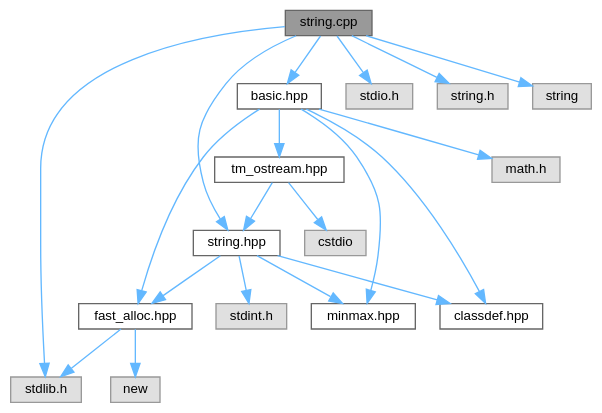
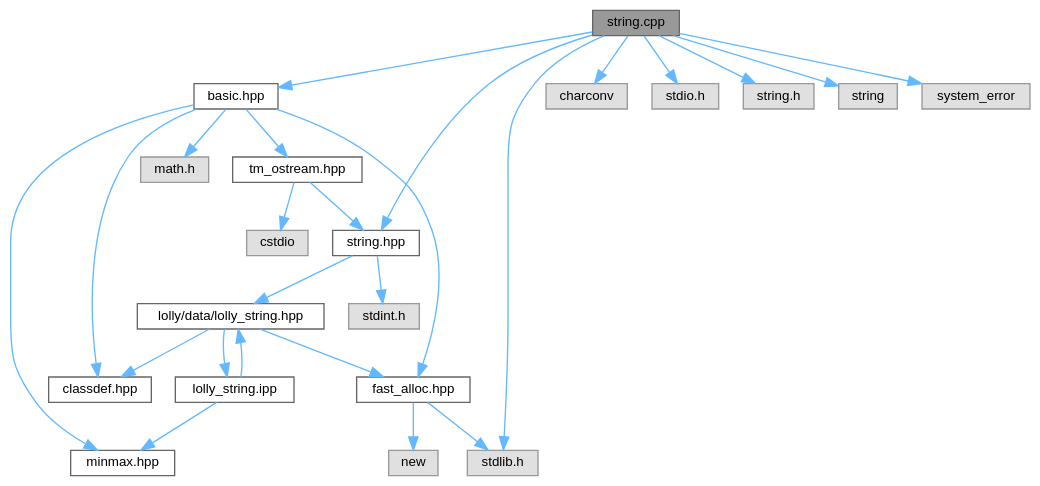
One commit to XmacsLabs/lolly changed the diagram in string_8cpp__incl.dot. Above: the diagram before and after it, drawn with Graphviz. The commit also changed 945 other files, not shown here.

```diff
--- a/string_8cpp__incl.dot
+++ b/string_8cpp__incl.dot
@@ -1,41 +1,50 @@
 digraph "string.cpp"
 {
  // LATEX_PDF_SIZE
   bgcolor="transparent";
   edge [fontname=Helvetica,fontsize=10,labelfontname=Helvetica,labelfontsize=10];
   node [fontname=Helvetica,fontsize=10,shape=box,height=0.2,width=0.4];
   Node1 [id="Node000001",label="string.cpp",height=0.2,width=0.4,color="gray40", fillcolor="grey60", style="filled", fontcolor="black",tooltip=" "];
   Node1 -> Node2 [id="edge1_Node000001_Node000002",color="steelblue1",style="solid",tooltip=" "];
   Node2 [id="Node000002",label="string.hpp",height=0.2,width=0.4,color="grey40", fillcolor="white", style="filled",URL="$string_8hpp.html",tooltip=" "];
   Node2 -> Node3 [id="edge2_Node000002_Node000003",color="steelblue1",style="solid",tooltip=" "];
-  Node3 [id="Node000003",label="classdef.hpp",height=0.2,width=0.4,color="grey40", fillcolor="white", style="filled",URL="$classdef_8hpp.html",tooltip=" "];
-  Node2 -> Node4 [id="edge3_Node000002_Node000004",color="steelblue1",style="solid",tooltip=" "];
-  Node4 [id="Node000004",label="fast_alloc.hpp",height=0.2,width=0.4,color="grey40", fillcolor="white", style="filled",URL="$fast__alloc_8hpp.html",tooltip=" "];
-  Node4 -> Node5 [id="edge4_Node000004_Node000005",color="steelblue1",style="solid",tooltip=" "];
-  Node5 [id="Node000005",label="stdlib.h",height=0.2,width=0.4,color="grey60", fillcolor="#E0E0E0", style="filled",tooltip=" "];
-  Node4 -> Node6 [id="edge5_Node000004_Node000006",color="steelblue1",style="solid",tooltip=" "];
-  Node6 [id="Node000006",label="new",height=0.2,width=0.4,color="grey60", fillcolor="#E0E0E0", style="filled",tooltip=" "];
-  Node2 -> Node7 [id="edge6_Node000002_Node000007",color="steelblue1",style="solid",tooltip=" "];
-  Node7 [id="Node000007",label="minmax.hpp",height=0.2,width=0.4,color="grey40", fillcolor="white", style="filled",URL="$minmax_8hpp.html",tooltip=" "];
-  Node2 -> Node8 [id="edge7_Node000002_Node000008",color="steelblue1",style="solid",tooltip=" "];
-  Node8 [id="Node000008",label="stdint.h",height=0.2,width=0.4,color="grey60", fillcolor="#E0E0E0", style="filled",tooltip=" "];
-  Node1 -> Node9 [id="edge8_Node000001_Node000009",color="steelblue1",style="solid",tooltip=" "];
-  Node9 [id="Node000009",label="basic.hpp",height=0.2,width=0.4,color="grey40", fillcolor="white", style="filled",URL="$basic_8hpp.html",tooltip=" "];
-  Node9 -> Node3 [id="edge9_Node000009_Node000003",color="steelblue1",style="solid",tooltip=" "];
-  Node9 -> Node4 [id="edge10_Node000009_Node000004",color="steelblue1",style="solid",tooltip=" "];
-  Node9 -> Node7 [id="edge11_Node000009_Node000007",color="steelblue1",style="solid",tooltip=" "];
-  Node9 -> Node10 [id="edge12_Node000009_Node000010",color="steelblue1",style="solid",tooltip=" "];
-  Node10 [id="Node000010",label="tm_ostream.hpp",height=0.2,width=0.4,color="grey40", fillcolor="white", style="filled",URL="$tm__ostream_8hpp.html",tooltip=" "];
-  Node10 -> Node2 [id="edge13_Node000010_Node000002",color="steelblue1",style="solid",tooltip=" "];
-  Node10 -> Node11 [id="edge14_Node000010_Node000011",color="steelblue1",style="solid",tooltip=" "];
-  Node11 [id="Node000011",label="cstdio",height=0.2,width=0.4,color="grey60", fillcolor="#E0E0E0", style="filled",tooltip=" "];
-  Node9 -> Node12 [id="edge15_Node000009_Node000012",color="steelblue1",style="solid",tooltip=" "];
-  Node12 [id="Node000012",label="math.h",height=0.2,width=0.4,color="grey60", fillcolor="#E0E0E0", style="filled",tooltip=" "];
-  Node1 -> Node13 [id="edge16_Node000001_Node000013",color="steelblue1",style="solid",tooltip=" "];
-  Node13 [id="Node000013",label="stdio.h",height=0.2,width=0.4,color="grey60", fillcolor="#E0E0E0", style="filled",tooltip=" "];
-  Node1 -> Node5 [id="edge17_Node000001_Node000005",color="steelblue1",style="solid",tooltip=" "];
-  Node1 -> Node14 [id="edge18_Node000001_Node000014",color="steelblue1",style="solid",tooltip=" "];
-  Node14 [id="Node000014",label="string.h",height=0.2,width=0.4,color="grey60", fillcolor="#E0E0E0", style="filled",tooltip=" "];
+  Node3 [id="Node000003",label="lolly/data/lolly_string.hpp",height=0.2,width=0.4,color="grey40", fillcolor="white", style="filled",URL="$lolly__string_8hpp.html",tooltip=" "];
+  Node3 -> Node4 [id="edge3_Node000003_Node000004",color="steelblue1",style="solid",tooltip=" "];
+  Node4 [id="Node000004",label="classdef.hpp",height=0.2,width=0.4,color="grey40", fillcolor="white", style="filled",URL="$classdef_8hpp.html",tooltip=" "];
+  Node3 -> Node5 [id="edge4_Node000003_Node000005",color="steelblue1",style="solid",tooltip=" "];
+  Node5 [id="Node000005",label="fast_alloc.hpp",height=0.2,width=0.4,color="grey40", fillcolor="white", style="filled",URL="$fast__alloc_8hpp.html",tooltip=" "];
+  Node5 -> Node6 [id="edge5_Node000005_Node000006",color="steelblue1",style="solid",tooltip=" "];
+  Node6 [id="Node000006",label="stdlib.h",height=0.2,width=0.4,color="grey60", fillcolor="#E0E0E0", style="filled",tooltip=" "];
+  Node5 -> Node7 [id="edge6_Node000005_Node000007",color="steelblue1",style="solid",tooltip=" "];
+  Node7 [id="Node000007",label="new",height=0.2,width=0.4,color="grey60", fillcolor="#E0E0E0", style="filled",tooltip=" "];
+  Node3 -> Node8 [id="edge7_Node000003_Node000008",color="steelblue1",style="solid",tooltip=" "];
+  Node8 [id="Node000008",label="lolly_string.ipp",height=0.2,width=0.4,color="grey40", fillcolor="white", style="filled",URL="$lolly__string_8ipp.html",tooltip=" "];
+  Node8 -> Node3 [id="edge8_Node000008_Node000003",color="steelblue1",style="solid",tooltip=" "];
+  Node8 -> Node9 [id="edge9_Node000008_Node000009",color="steelblue1",style="solid",tooltip=" "];
+  Node9 [id="Node000009",label="minmax.hpp",height=0.2,width=0.4,color="grey40", fillcolor="white", style="filled",URL="$minmax_8hpp.html",tooltip=" "];
+  Node2 -> Node10 [id="edge10_Node000002_Node000010",color="steelblue1",style="solid",tooltip=" "];
+  Node10 [id="Node000010",label="stdint.h",height=0.2,width=0.4,color="grey60", fillcolor="#E0E0E0", style="filled",tooltip=" "];
+  Node1 -> Node11 [id="edge11_Node000001_Node000011",color="steelblue1",style="solid",tooltip=" "];
+  Node11 [id="Node000011",label="basic.hpp",height=0.2,width=0.4,color="grey40", fillcolor="white", style="filled",URL="$basic_8hpp.html",tooltip=" "];
+  Node11 -> Node4 [id="edge12_Node000011_Node000004",color="steelblue1",style="solid",tooltip=" "];
+  Node11 -> Node5 [id="edge13_Node000011_Node000005",color="steelblue1",style="solid",tooltip=" "];
+  Node11 -> Node9 [id="edge14_Node000011_Node000009",color="steelblue1",style="solid",tooltip=" "];
+  Node11 -> Node12 [id="edge15_Node000011_Node000012",color="steelblue1",style="solid",tooltip=" "];
+  Node12 [id="Node000012",label="tm_ostream.hpp",height=0.2,width=0.4,color="grey40", fillcolor="white", style="filled",URL="$tm__ostream_8hpp.html",tooltip=" "];
+  Node12 -> Node2 [id="edge16_Node000012_Node000002",color="steelblue1",style="solid",tooltip=" "];
+  Node12 -> Node13 [id="edge17_Node000012_Node000013",color="steelblue1",style="solid",tooltip=" "];
+  Node13 [id="Node000013",label="cstdio",height=0.2,width=0.4,color="grey60", fillcolor="#E0E0E0", style="filled",tooltip=" "];
+  Node11 -> Node14 [id="edge18_Node000011_Node000014",color="steelblue1",style="solid",tooltip=" "];
+  Node14 [id="Node000014",label="math.h",height=0.2,width=0.4,color="grey60", fillcolor="#E0E0E0", style="filled",tooltip=" "];
   Node1 -> Node15 [id="edge19_Node000001_Node000015",color="steelblue1",style="solid",tooltip=" "];
-  Node15 [id="Node000015",label="string",height=0.2,width=0.4,color="grey60", fillcolor="#E0E0E0", style="filled",tooltip=" "];
+  Node15 [id="Node000015",label="charconv",height=0.2,width=0.4,color="grey60", fillcolor="#E0E0E0", style="filled",tooltip=" "];
+  Node1 -> Node16 [id="edge20_Node000001_Node000016",color="steelblue1",style="solid",tooltip=" "];
+  Node16 [id="Node000016",label="stdio.h",height=0.2,width=0.4,color="grey60", fillcolor="#E0E0E0", style="filled",tooltip=" "];
+  Node1 -> Node6 [id="edge21_Node000001_Node000006",color="steelblue1",style="solid",tooltip=" "];
+  Node1 -> Node17 [id="edge22_Node000001_Node000017",color="steelblue1",style="solid",tooltip=" "];
+  Node17 [id="Node000017",label="string.h",height=0.2,width=0.4,color="grey60", fillcolor="#E0E0E0", style="filled",tooltip=" "];
+  Node1 -> Node18 [id="edge23_Node000001_Node000018",color="steelblue1",style="solid",tooltip=" "];
+  Node18 [id="Node000018",label="string",height=0.2,width=0.4,color="grey60", fillcolor="#E0E0E0", style="filled",tooltip=" "];
+  Node1 -> Node19 [id="edge24_Node000001_Node000019",color="steelblue1",style="solid",tooltip=" "];
+  Node19 [id="Node000019",label="system_error",height=0.2,width=0.4,color="grey60", fillcolor="#E0E0E0", style="filled",tooltip=" "];
 }
```
